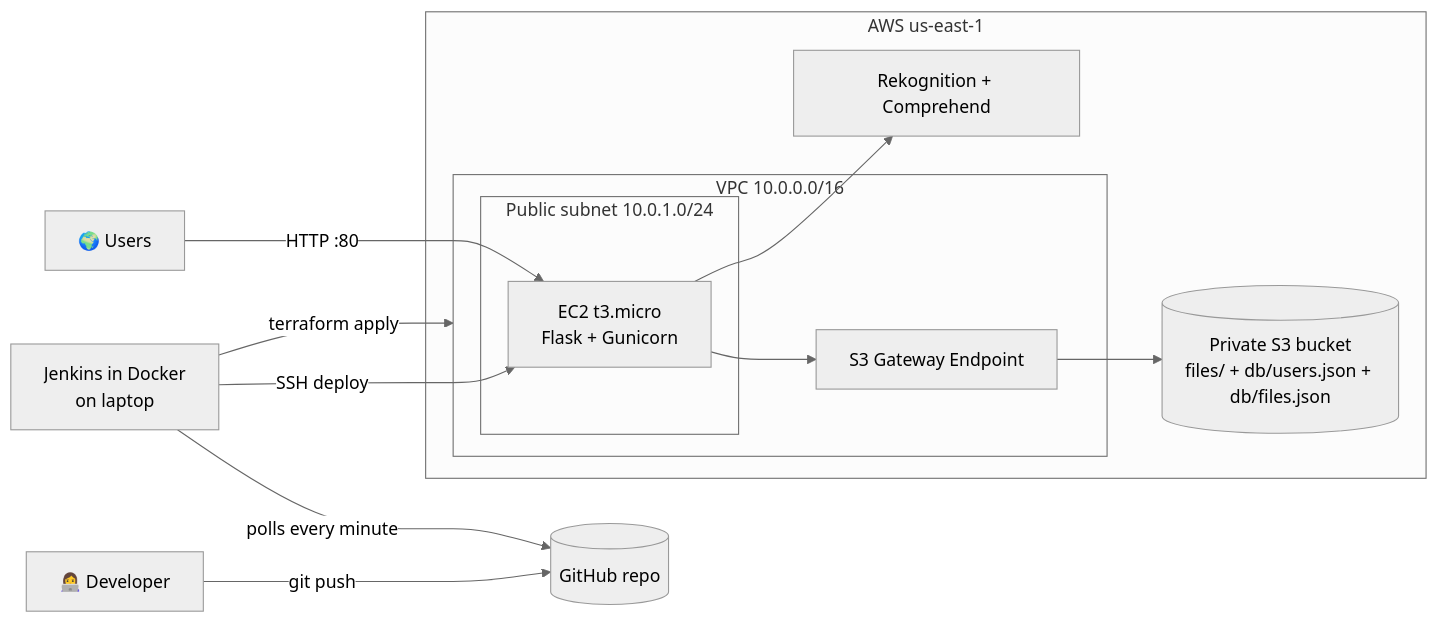
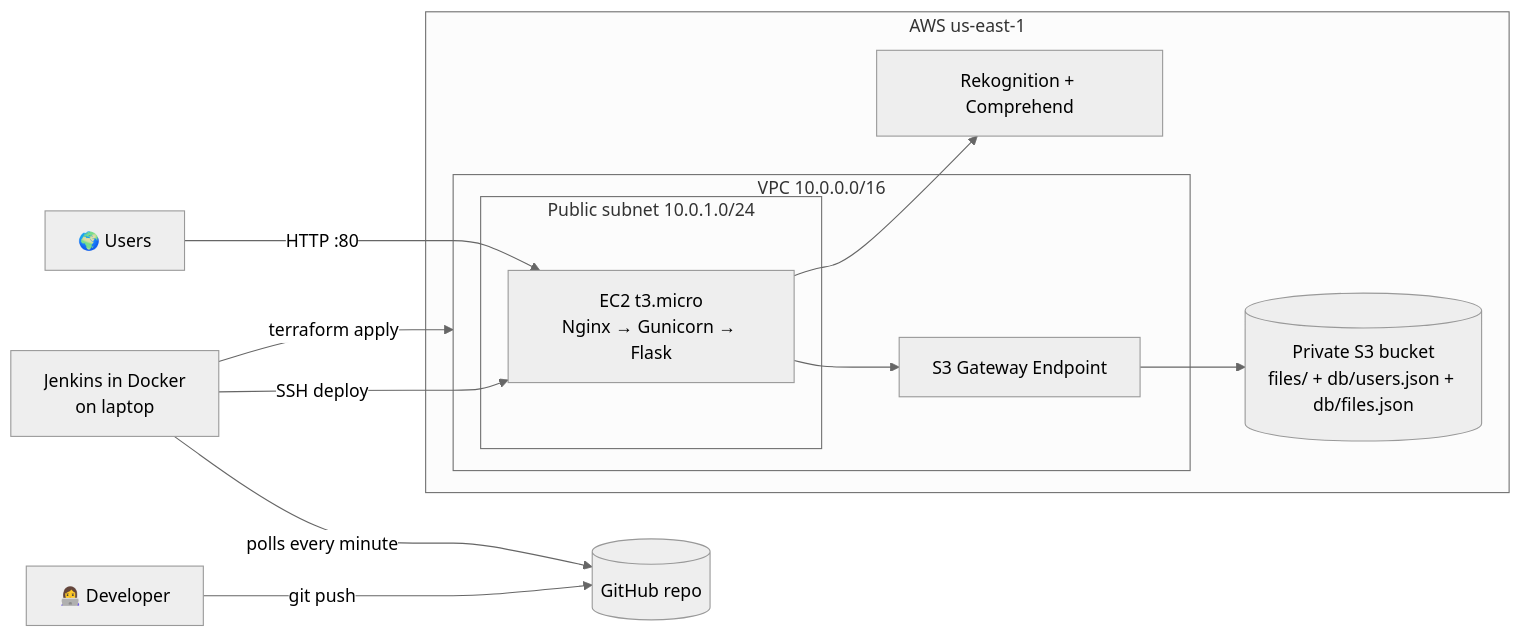
The diagram in README.md (BharathK05/smartdrive), drawn with Mermaid (neutral theme) before and after one commit. The commit also changed other lines of this file and 2 other files, not shown here.

First line of the commit message:
Put Nginx in front of Gunicorn on the EC2 server

````diff
--- a/README.md
+++ b/README.md
@@ -13,22 +13,22 @@
 ```mermaid
 flowchart LR
   dev[👩‍💻 Developer] -- git push --> gh[(GitHub repo)]
   jenkins[Jenkins in Docker<br/>on laptop] -- polls every minute --> gh
   jenkins -- terraform apply --> vpc
   jenkins -- SSH deploy --> ec2
   user[🌍 Users] -- HTTP :80 --> ec2
 
   subgraph aws[AWS us-east-1]
     subgraph vpc[VPC 10.0.0.0/16]
       subgraph pub[Public subnet 10.0.1.0/24]
-        ec2[EC2 t3.micro<br/>Flask + Gunicorn]
+        ec2[EC2 t3.micro<br/>Nginx → Gunicorn → Flask]
       end
       ep[S3 Gateway Endpoint]
     end
     s3[(Private S3 bucket<br/>files/ + db/users.json + db/files.json)]
     ai[Rekognition + Comprehend]
   end
 
   ec2 --> ep --> s3
   ec2 --> ai
 ```
````
